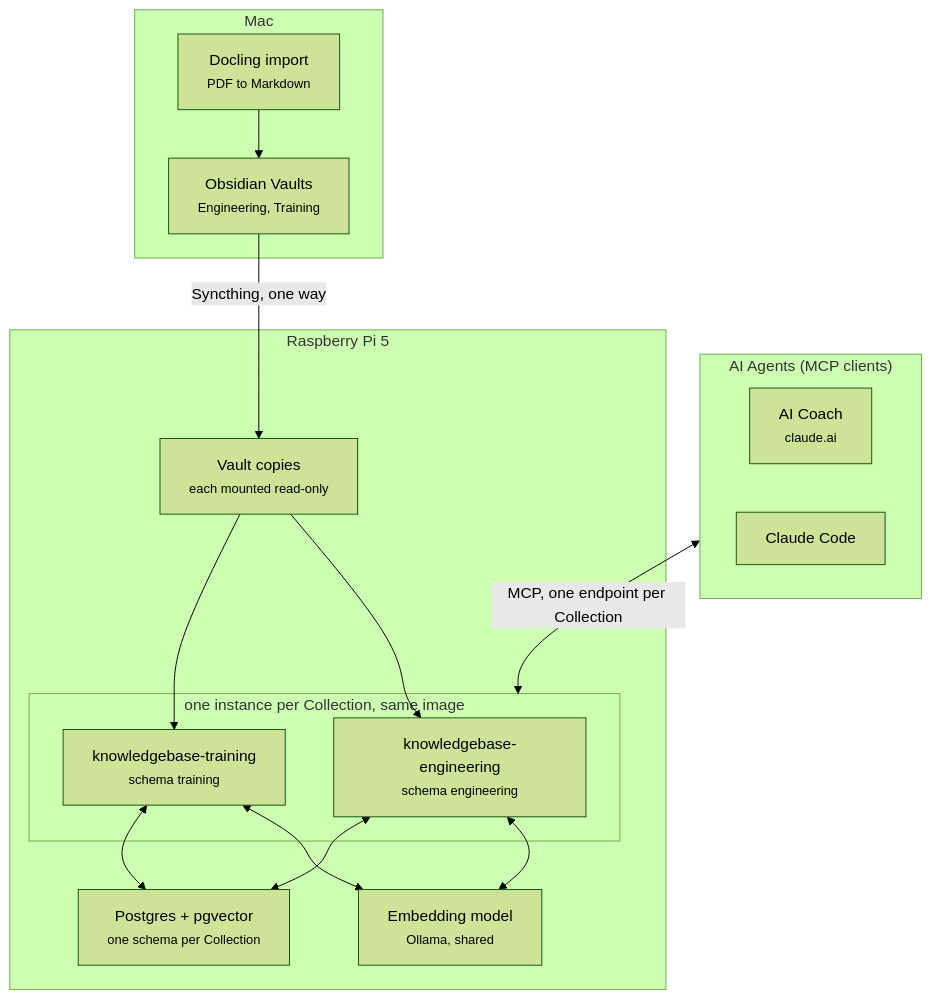
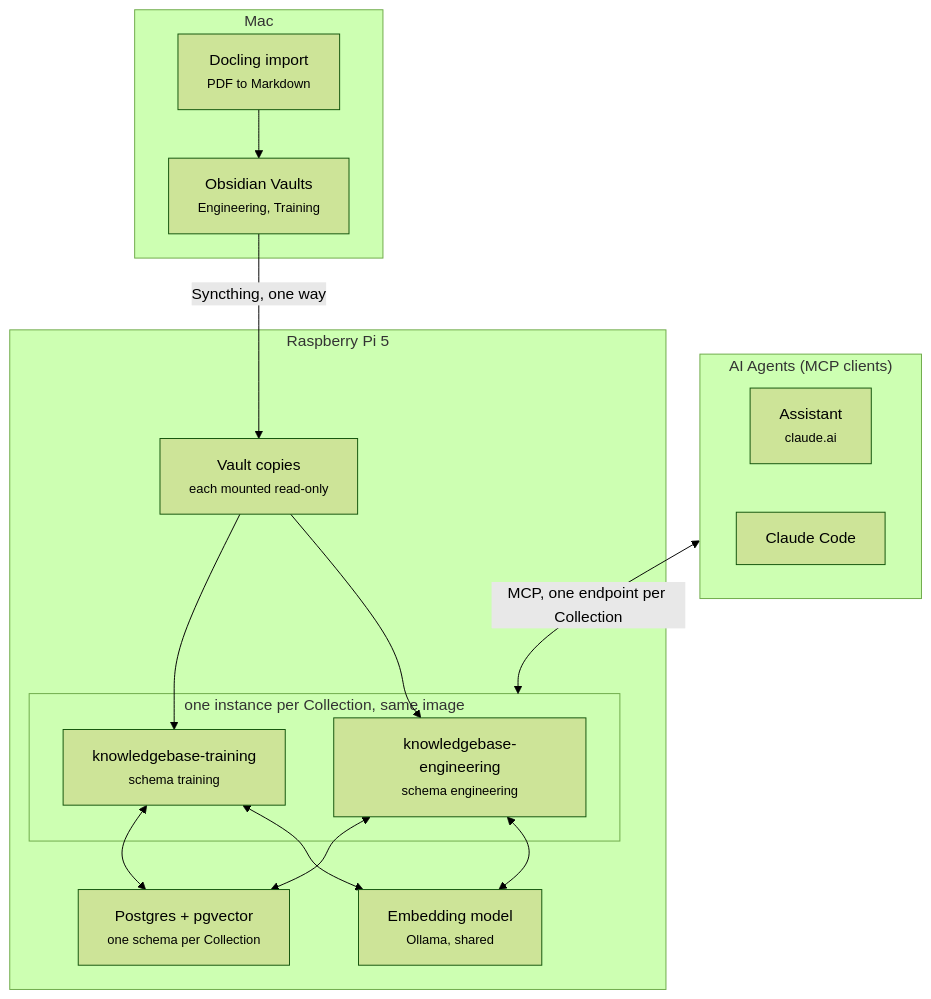
The first of 3 diagrams in docs/architecture.md (Luca-Blum/obsidian-knowledge-mcp), drawn with Mermaid (forest theme) before and after one commit. The commit also changed other lines of this file, not shown here.

First line of the commit message:
Describe the architecture without the owner's personal setup

````diff
--- a/docs/architecture.md
+++ b/docs/architecture.md
@@ -18,29 +20,29 @@
 ```mermaid
 flowchart TB
     subgraph Mac
         docling["Docling import<br/><small>PDF to Markdown</small>"]
         vaults["Obsidian Vaults<br/><small>Engineering, Training</small>"]
         docling --> vaults
     end
     subgraph Clients["AI Agents (MCP clients)"]
-        coach["AI Coach<br/><small>claude.ai</small>"]
+        coach["Assistant<br/><small>claude.ai</small>"]
         code["Claude Code"]
     end
     subgraph Pi["Raspberry Pi 5"]
         copies["Vault copies<br/><small>each mounted read-only</small>"]
         subgraph Instances["one instance per Collection, same image"]
             eng["knowledgebase-engineering<br/><small>schema engineering</small>"]
             train["knowledgebase-training<br/><small>schema training</small>"]
         end
         ollama["Embedding model<br/><small>Ollama, shared</small>"]
         pg["Postgres + pgvector<br/><small>one schema per Collection</small>"]
         copies --> eng
         copies --> train
         eng <--> ollama
         train <--> ollama
         eng <--> pg
         train <--> pg
     end
     vaults -- "Syncthing, one way" --> copies
     Clients <-- "MCP, one endpoint per Collection" --> Instances
 ```
````
